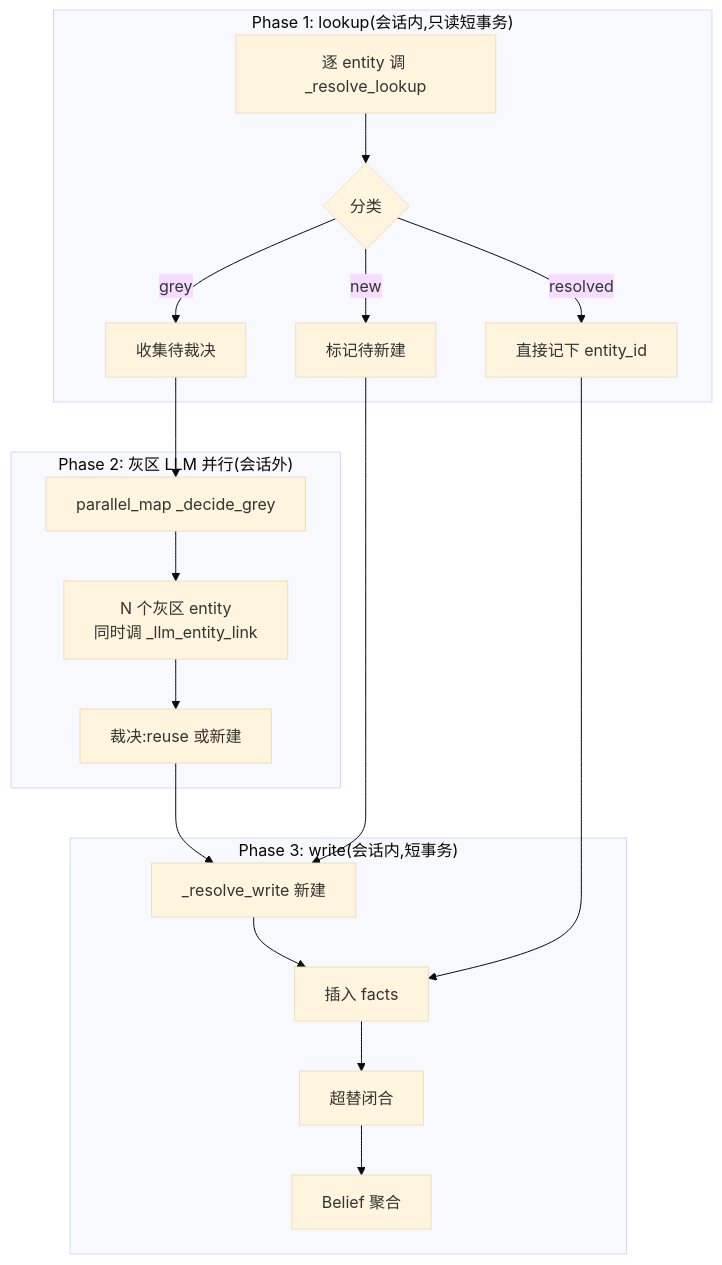
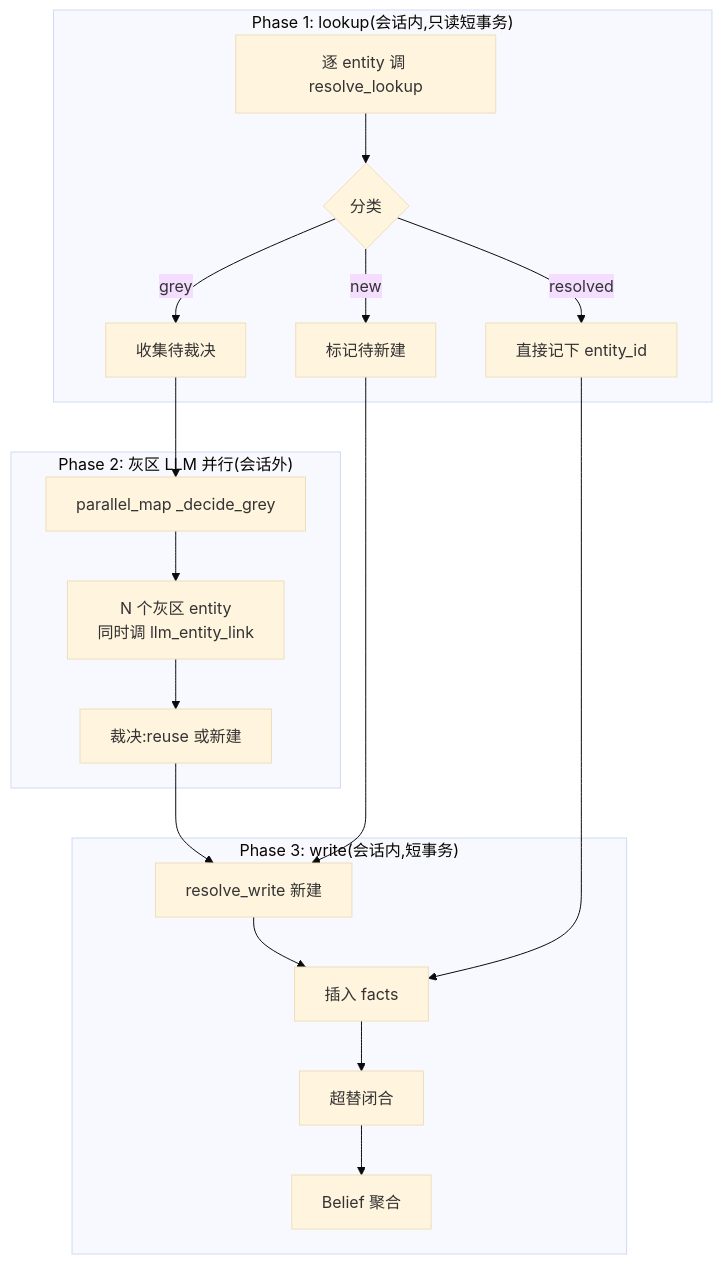
One commit to pty819/cortex-py-book changed the second of 3 diagrams in source/chapters/05-entity-linking.md. Above: the diagram before and after it, drawn with Mermaid (base theme). The commit also changed other lines of this file and 27 other files, not shown here.

````diff
--- a/source/chapters/05-entity-linking.md
+++ b/source/chapters/05-entity-linking.md
@@ -186,25 +198,25 @@
 ```{mermaid}
 flowchart TD
     subgraph Phase1["Phase 1: lookup(会话内,只读短事务)"]
-        L1[逐 entity 调 _resolve_lookup] --> L2{分类}
+        L1[逐 entity 调 resolve_lookup] --> L2{分类}
         L2 -->|resolved| L3[直接记下 entity_id]
         L2 -->|grey| L4[收集待裁决]
         L2 -->|new| L5[标记待新建]
     end
 
     subgraph Phase2["Phase 2: 灰区 LLM 并行(会话外)"]
-        P1[parallel_map _decide_grey] --> P2[N 个灰区 entity<br/>同时调 _llm_entity_link]
+        P1[parallel_map _decide_grey] --> P2[N 个灰区 entity<br/>同时调 llm_entity_link]
         P2 --> P3[裁决:reuse 或新建]
     end
 
     subgraph Phase3["Phase 3: write(会话内,短事务)"]
-        W1[_resolve_write 新建] --> W2[插入 facts]
+        W1[resolve_write 新建] --> W2[插入 facts]
         W2 --> W3[超替闭合]
         W3 --> W4[Belief 聚合]
     end
 
     L4 --> P1
     P3 --> W1
     L3 --> W2
     L5 --> W1
 ```
````
